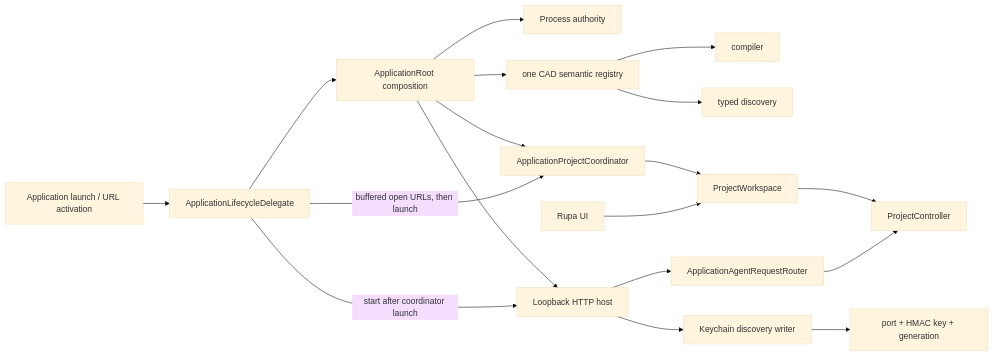
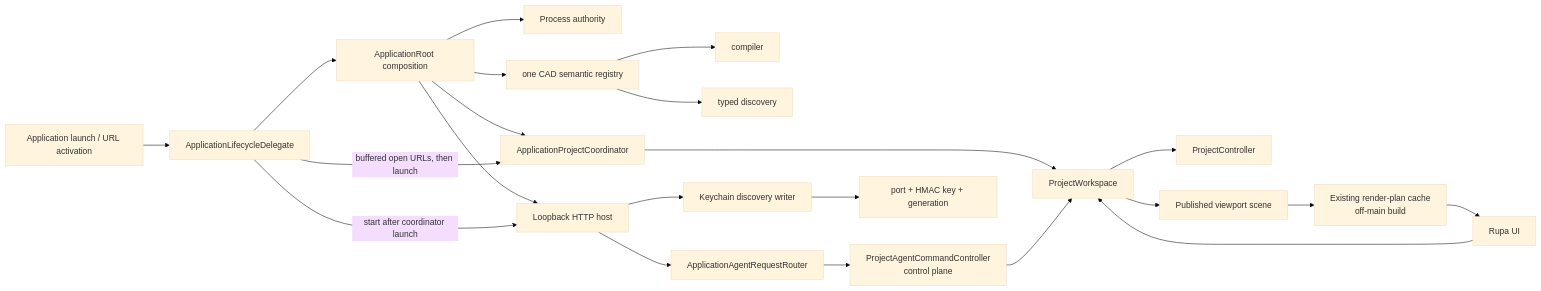
The first of 2 diagrams in Rupa/Rupa/Rupa/DESIGN.md (1amageek/Rupa), drawn with Mermaid (base theme) before and after one commit. The commit also changed other lines of this file and 13 other files, not shown here.

````diff
--- a/Rupa/Rupa/Rupa/DESIGN.md
+++ b/Rupa/Rupa/Rupa/DESIGN.md
@@ -32,20 +34,24 @@
 ```mermaid
 flowchart LR
     Launch["Application launch / URL activation"] --> Lifecycle["ApplicationLifecycleDelegate"]
     Lifecycle --> Root["ApplicationRoot composition"]
     Root --> Authority["Process authority"]
     Root --> Registry["one CAD semantic registry"]
     Registry --> Compiler["compiler"]
     Registry --> Capabilities["typed discovery"]
     Root --> Host["Loopback HTTP host"]
     Root --> Coordinator["ApplicationProjectCoordinator"]
     Lifecycle -->|buffered open URLs, then launch| Coordinator
     Lifecycle -->|start after coordinator launch| Host
     Coordinator --> Workspace["ProjectWorkspace"]
     Workspace --> Controller["ProjectController"]
     Host --> Router["ApplicationAgentRequestRouter"]
-    Router --> Controller
+    Router --> Runtime["ProjectAgentCommandController\ncontrol plane"]
+    Runtime --> Workspace
     Host --> Writer["Keychain discovery writer"]
     Writer --> Discovery["port + HMAC key + generation"]
     UI["Rupa UI"] --> Workspace
+    Workspace --> Scene["Published viewport scene"]
+    Scene --> Cache["Existing render-plan cache\noff-main build"]
+    Cache --> UI
 ```
````
